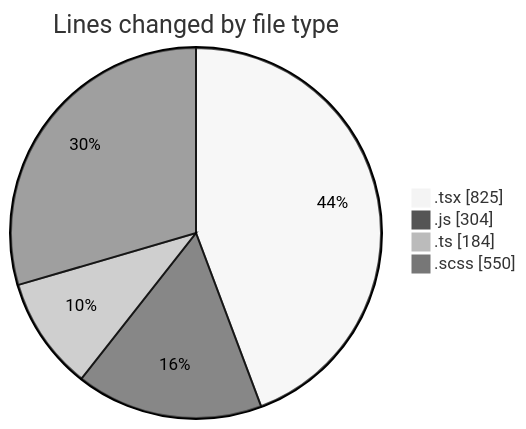
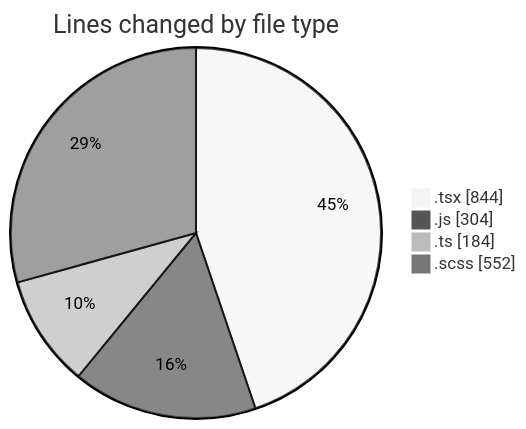
The first of 2 diagrams in 2025-02-26/cda/README.md (momahboobian/code-tracking), drawn with Mermaid (neutral theme) before and after one commit. The commit also changed other lines of this file and 1 other file, not shown here.

````diff
--- a/2025-02-26/cda/README.md
+++ b/2025-02-26/cda/README.md
@@ -37,8 +37,8 @@
 ```mermaid
 pie showData
 title Lines changed by file type
-".tsx" : 825
+".tsx" : 844
 ".js" : 304
 ".ts" : 184
-".scss" : 550
+".scss" : 552
 ```
````
